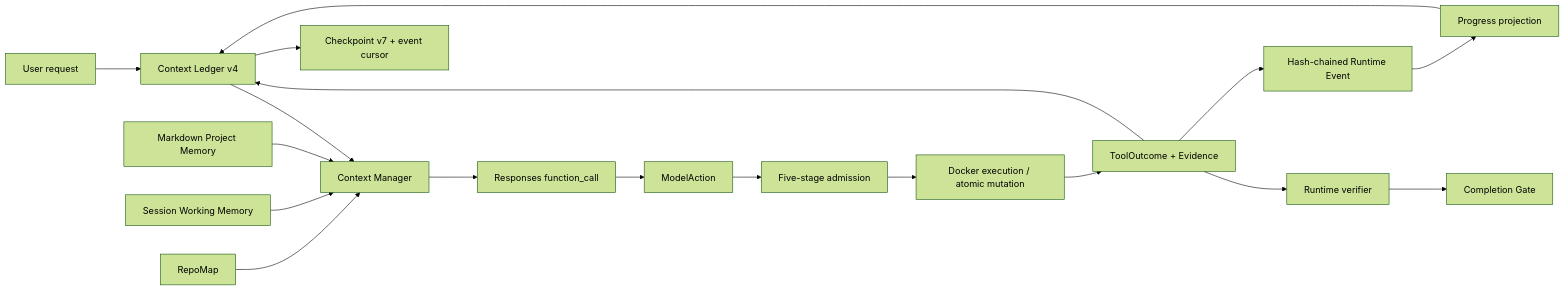
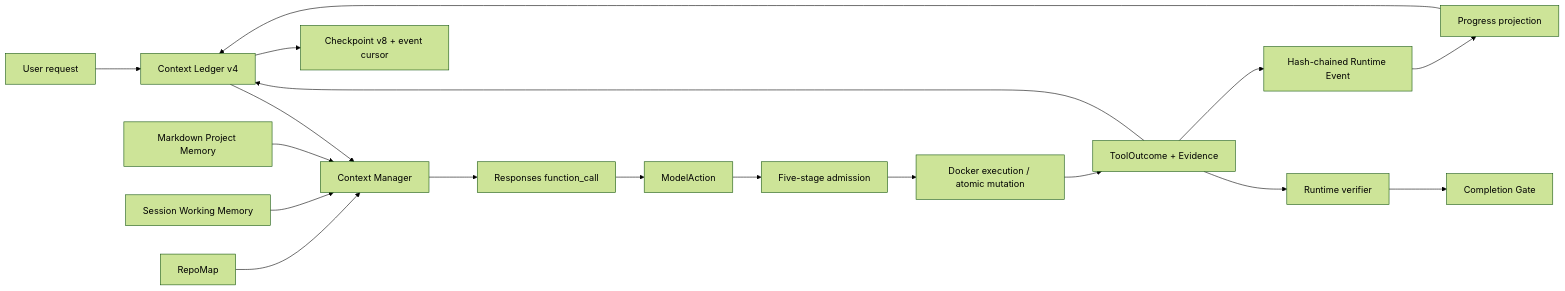
One commit to goskiwi/pico-main changed the diagram in docs/architecture/agent-runtime.md. Above: the diagram before and after it, drawn with Mermaid (forest theme). The commit also changed other lines of this file and 29 other files, not shown here.

Commit message:
feat: add isolated subagents and simplify runtime control flow

````diff
--- a/docs/architecture/agent-runtime.md
+++ b/docs/architecture/agent-runtime.md
@@ -12,19 +12,19 @@
 ```mermaid
 flowchart LR
   U["User request"] --> L["Context Ledger v4"]
   RM["RepoMap"] --> C["Context Manager"]
   WM["Session Working Memory"] --> C
   PM["Markdown Project Memory"] --> C
   L --> C --> M["Responses function_call"]
   M --> A["ModelAction"]
   A --> G["Five-stage admission"]
   G --> X["Docker execution / atomic mutation"]
   X --> O["ToolOutcome + Evidence"]
   O --> L
   O --> E["Hash-chained Runtime Event"]
   E --> P["Progress projection"]
   P --> L
-  L --> CP["Checkpoint v7 + event cursor"]
+  L --> CP["Checkpoint v8 + event cursor"]
   O --> V["Runtime verifier"]
   V --> F["Completion Gate"]
 ```
````
